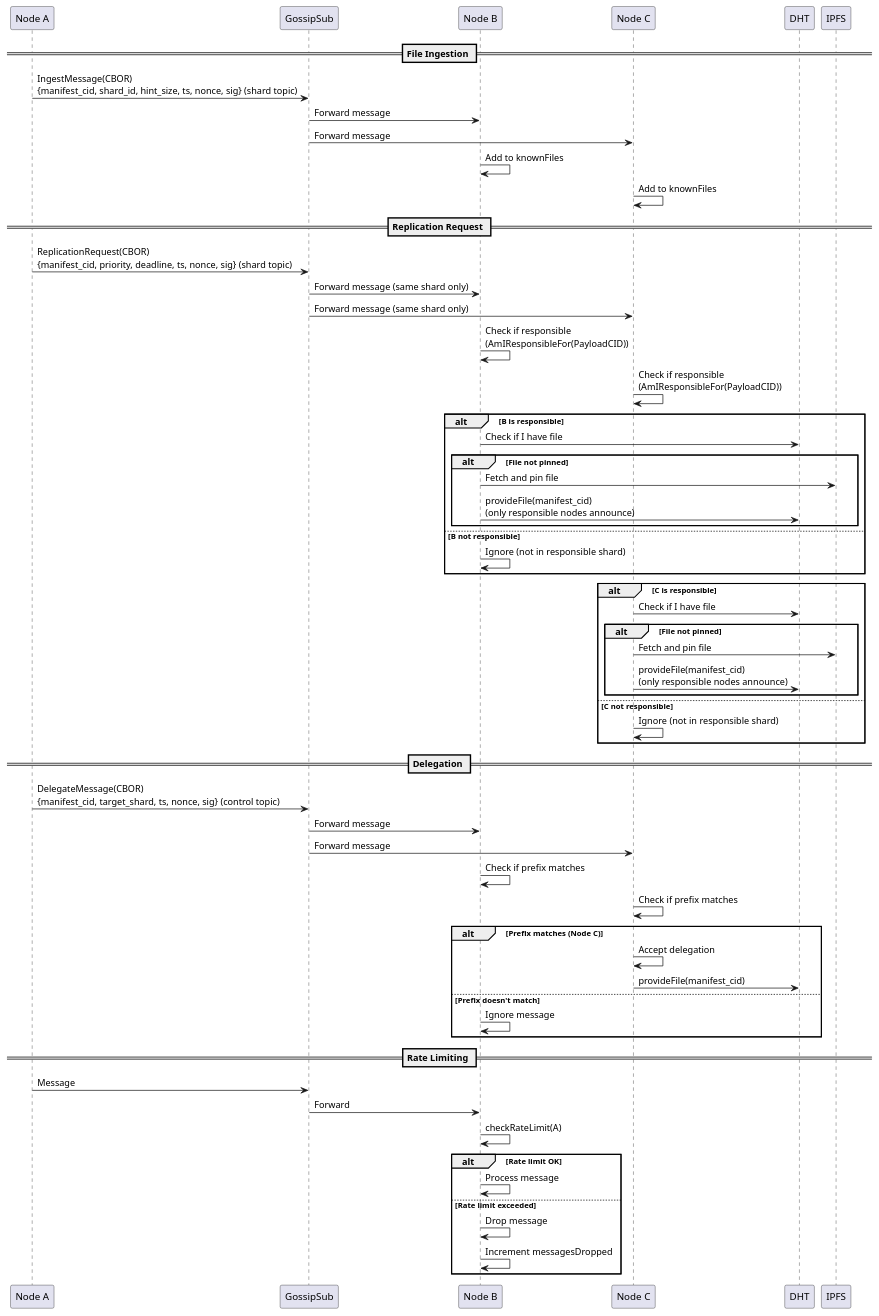
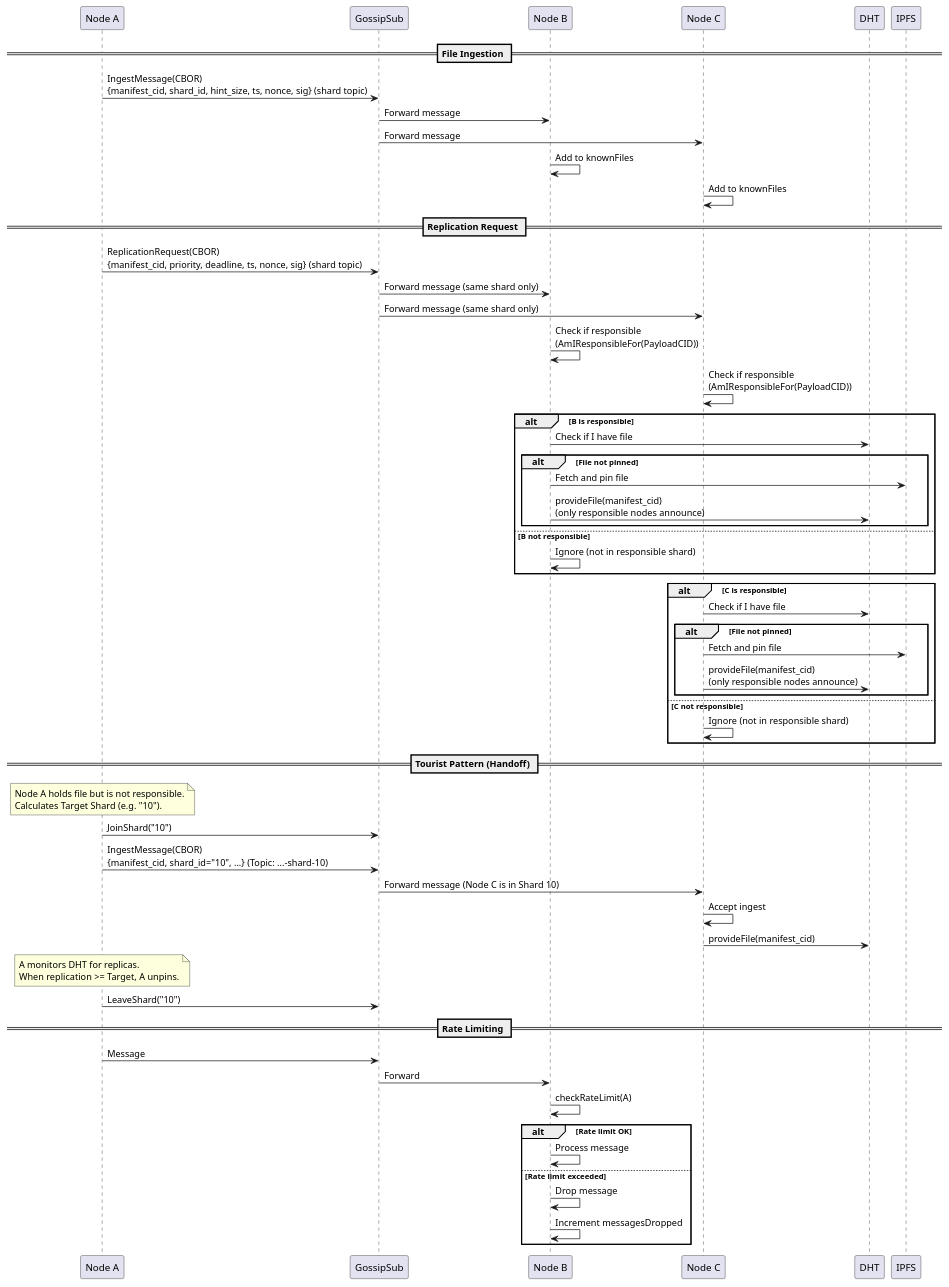
Before and after one commit to gipplab/D-LOCKSS: the diagram in docs/message_flow.puml, drawn with PlantUML. The commit also changed 32 other files, not shown here.

```diff
--- a/docs/message_flow.puml
+++ b/docs/message_flow.puml
@@ -1,65 +1,62 @@
 @startuml Message Flow Diagram
 
 participant "Node A" as A
 participant "GossipSub" as GS
 participant "Node B" as B
 participant "Node C" as C
 participant "DHT" as DHT
 
 == File Ingestion ==
 A -> GS: IngestMessage(CBOR)\n{manifest_cid, shard_id, hint_size, ts, nonce, sig} (shard topic)
 GS -> B: Forward message
 GS -> C: Forward message
 B -> B: Add to knownFiles
 C -> C: Add to knownFiles
 
 == Replication Request ==
 A -> GS: ReplicationRequest(CBOR)\n{manifest_cid, priority, deadline, ts, nonce, sig} (shard topic)
 GS -> B: Forward message (same shard only)
 GS -> C: Forward message (same shard only)
 B -> B: Check if responsible\n(AmIResponsibleFor(PayloadCID))
 C -> C: Check if responsible\n(AmIResponsibleFor(PayloadCID))
 alt B is responsible
     B -> DHT: Check if I have file
     alt File not pinned
         B -> IPFS: Fetch and pin file
         B -> DHT: provideFile(manifest_cid)\n(only responsible nodes announce)
     end
 else B not responsible
     B -> B: Ignore (not in responsible shard)
 end
 alt C is responsible
     C -> DHT: Check if I have file
     alt File not pinned
         C -> IPFS: Fetch and pin file
         C -> DHT: provideFile(manifest_cid)\n(only responsible nodes announce)
     end
 else C not responsible
     C -> C: Ignore (not in responsible shard)
 end
 
-== Delegation ==
-A -> GS: DelegateMessage(CBOR)\n{manifest_cid, target_shard, ts, nonce, sig} (control topic)
-GS -> B: Forward message
-GS -> C: Forward message
-B -> B: Check if prefix matches
-C -> C: Check if prefix matches
-alt Prefix matches (Node C)
-    C -> C: Accept delegation
-    C -> DHT: provideFile(manifest_cid)
-else Prefix doesn't match
-    B -> B: Ignore message
-end
+== Tourist Pattern (Handoff) ==
+note over A: Node A holds file but is not responsible.\nCalculates Target Shard (e.g. "10").
+A -> GS: JoinShard("10")
+A -> GS: IngestMessage(CBOR)\n{manifest_cid, shard_id="10", ...} (Topic: ...-shard-10)
+GS -> C: Forward message (Node C is in Shard 10)
+C -> C: Accept ingest
+C -> DHT: provideFile(manifest_cid)
+note over A: A monitors DHT for replicas.\nWhen replication >= Target, A unpins.
+A -> GS: LeaveShard("10")
 
 == Rate Limiting ==
 A -> GS: Message
 GS -> B: Forward
 B -> B: checkRateLimit(A)
 alt Rate limit OK
     B -> B: Process message
 else Rate limit exceeded
     B -> B: Drop message
     B -> B: Increment messagesDropped
 end
 
 @enduml
```
